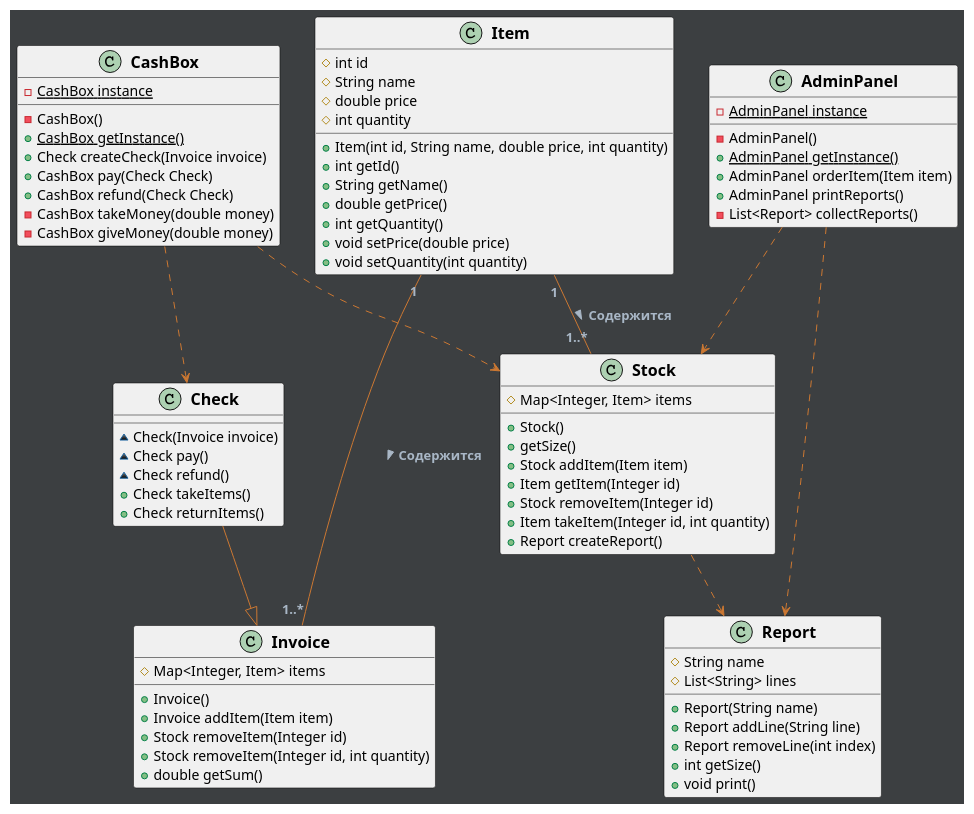
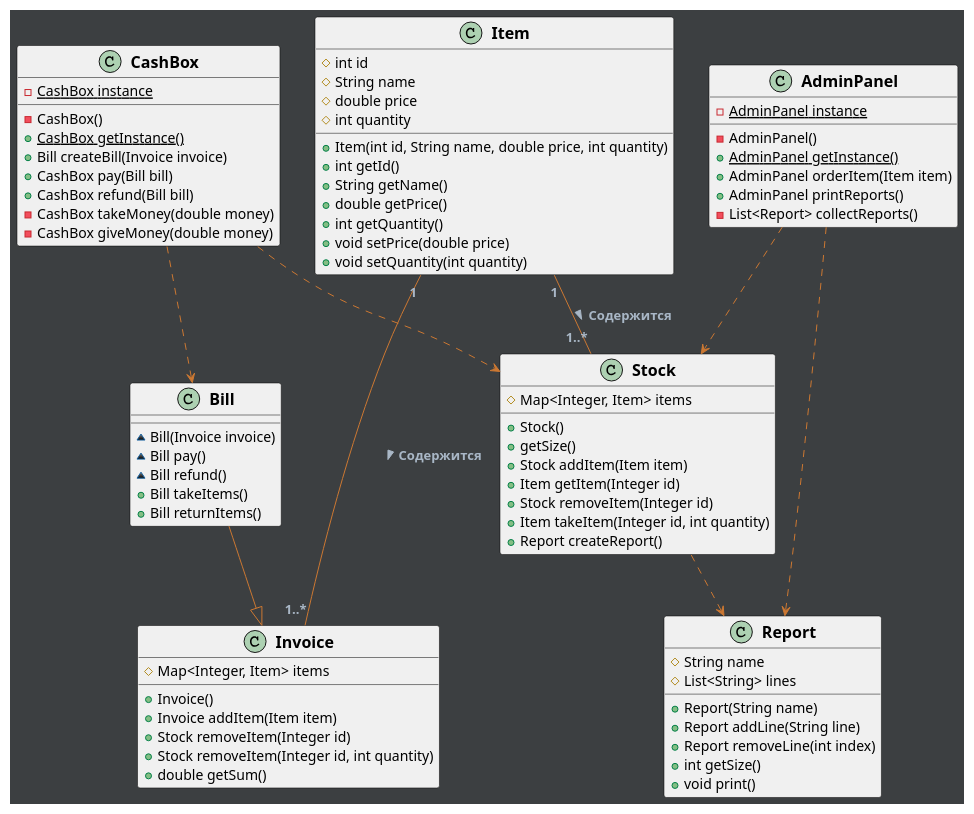
The diagram in semestr.04/PPCT/Lab.02/Lab.02.puml (justnero/university), drawn with PlantUML before and after one commit. The commit also changed 2 other files, not shown here.

```diff
--- a/semestr.04/PPCT/Lab.02/Lab.02.puml
+++ b/semestr.04/PPCT/Lab.02/Lab.02.puml
@@ -1,119 +1,119 @@
 @startuml
 
 skinparam {
     class {
         BackgroundColor #f0f0f0
         BorderColor #000000
         FontSize 16
         FontStyle bold
         Style uml2
         ArrowColor #cc7832
         ArrowFontColor #A9B7C6
         ArrowFontStyle bold
         ArrowStyle italic
         }
 
     backgroundColor #3c3f41
     titleFontColor #A9B7C6
     titleFontSize 44
     packageBackgroundColor #808080-#black
     packageFontColor #cccccc
 
     circledCharacterFontColor f0f0f0
     circledCharacterFontSize 17
     circledCharacterFontStyle bold
     circledCharacterFontName  Courier
     circledCharacterRadius 11
 
     stereotypeCBackgroundColor #909090
     stereotypeABackgroundColor #CC0000
     stereotypeIBackgroundColor #0000bb
 
     noteBackgroundColor #808080
     noteBorderColor #black
 }
 
 class Item {
     #int id
     #String name
     #double price
     #int quantity
     +Item(int id, String name, double price, int quantity)
     +int getId()
     +String getName()
     +double getPrice()
     +int getQuantity()
     +void setPrice(double price)
     +void setQuantity(int quantity)
 }
 
 class Report {
     #String name
     #List<String> lines
     +Report(String name)
     +Report addLine(String line)
     +Report removeLine(int index)
     +int getSize()
     +void print()
 }
 
 class Stock {
     #Map<Integer, Item> items
     +Stock()
     +getSize()
     +Stock addItem(Item item)
     +Item getItem(Integer id)
     +Stock removeItem(Integer id)
     +Item takeItem(Integer id, int quantity)
     +Report createReport()
 }
 
 class Invoice {
     #Map<Integer, Item> items
     +Invoice()
     +Invoice addItem(Item item)
     +Stock removeItem(Integer id)
     +Stock removeItem(Integer id, int quantity)
     +double getSum()
 }
 
-class Check {
-    ~Check(Invoice invoice)
-    ~Check pay()
-    ~Check refund()
-    +Check takeItems()
-    +Check returnItems()
+class Bill {
+    ~Bill(Invoice invoice)
+    ~Bill pay()
+    ~Bill refund()
+    +Bill takeItems()
+    +Bill returnItems()
 }
 
 class CashBox {
     {static} -CashBox instance
     -CashBox()
     {static} +CashBox getInstance()
-    +Check createCheck(Invoice invoice)
-    +CashBox pay(Check Check)
-    +CashBox refund(Check Check)
+    +Bill createBill(Invoice invoice)
+    +CashBox pay(Bill bill)
+    +CashBox refund(Bill bill)
     -CashBox takeMoney(double money)
     -CashBox giveMoney(double money)
 }
 
 class AdminPanel {
     {static} -AdminPanel instance
     -AdminPanel()
     {static} +AdminPanel getInstance()
     +AdminPanel orderItem(Item item)
     +AdminPanel printReports()
     -List<Report> collectReports()
 }
 
 
-Check --|> Invoice
+Bill --|> Invoice
 Item "1" -- "1..*" Stock : "Содержится >"
 Stock ..> Report
 AdminPanel ..> Stock
 AdminPanel ..> Report
 CashBox ..> Stock
-CashBox ..> Check
+CashBox ..> Bill
 Item "1" -- "1..*" Invoice : "Содержится >"
 
 
 @enduml
```
